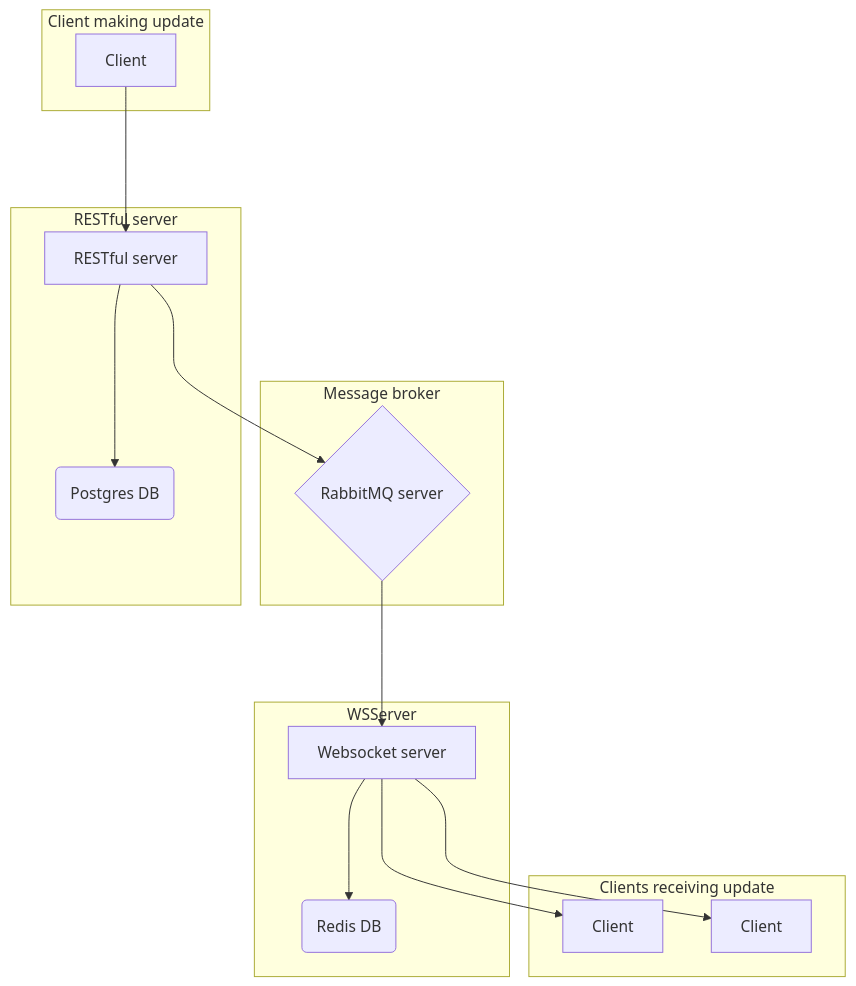
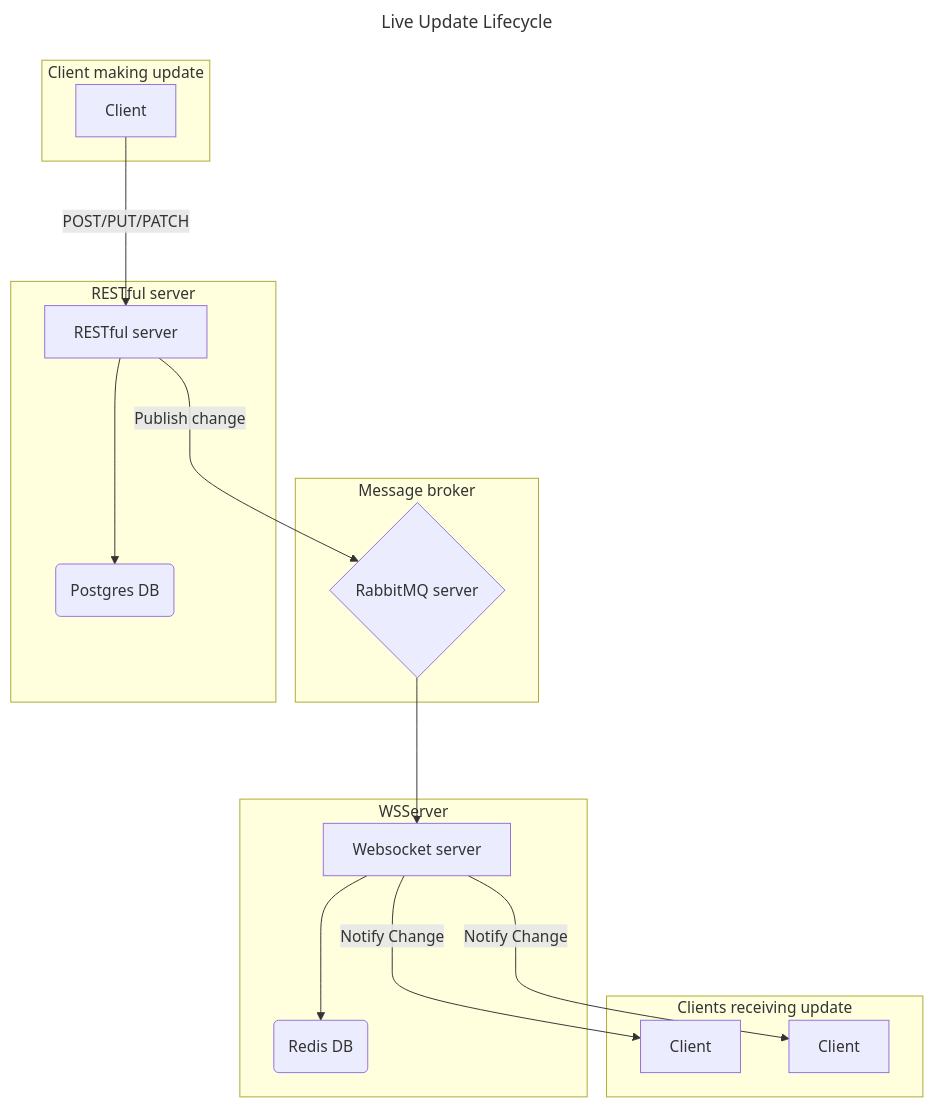
The diagram in README.md (Dauaaa/workflow_manager), drawn with Mermaid before and after one commit.

````diff
--- a/README.md
+++ b/README.md
@@ -52,28 +52,31 @@
 ```mermaid
+---
+title: Live Update Lifecycle
+---
 flowchart TD
     subgraph Clientsx[Client making update]
         Client1[Client]
     end
 
     subgraph Rabbitmqx[Message broker]
         Rabbitmq{RabbitMQ server}
     end
 
     subgraph Restfulx[RESTful server]
         Restful[RESTful server]
         Restful ---> Postgres(Postgres DB)
     end
 
     subgraph WSServerx[WSServer]
         Rabbitmq ---> WSServer[Websocket server]
         WSServer ---> Redis(Redis DB)
     end
 
-    Restful ---> Rabbitmq
-    Client1 ---> Restful
+    Client1 --->|POST/PUT/PATCH| Restful
+    Restful --->|Publish change| Rabbitmq
 
     subgraph ClientsRecv[Clients receiving update]
-        WSServer ---> Client2[Client]
-        WSServer ---> Client3[Client]
+        WSServer --->|Notify Change| Client2[Client]
+        WSServer --->|Notify Change| Client3[Client]
     end
 ```
````
